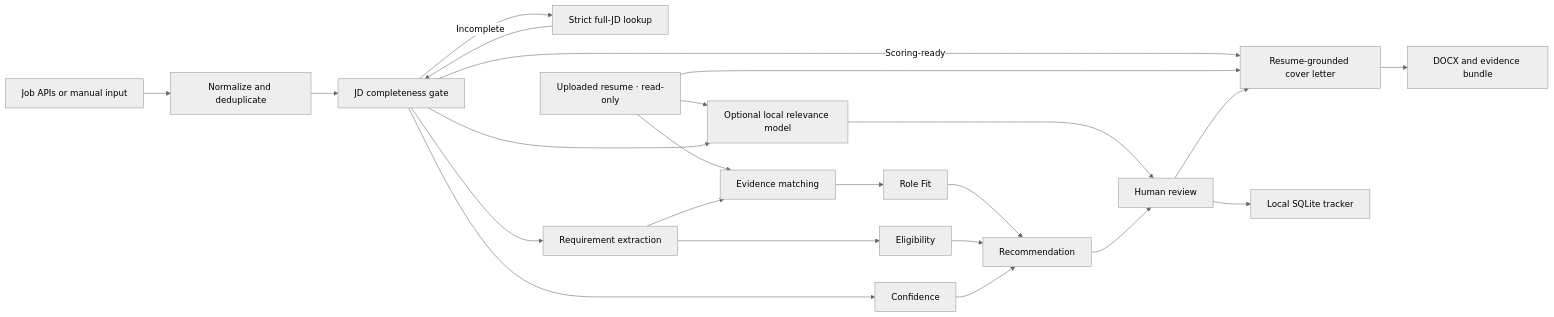
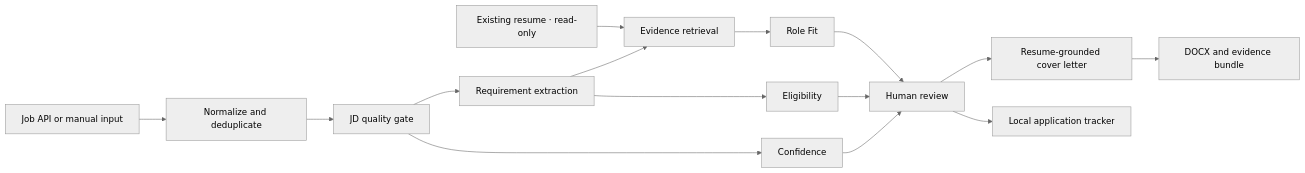
The diagram in README.md (Xieyizhou/job-application-copilot), drawn with Mermaid (neutral theme) before and after one commit. The commit also changed other lines of this file and 181 other files, not shown here.

````diff
--- a/README.md
+++ b/README.md
@@ -83,25 +36,17 @@
 ```mermaid
 flowchart LR
-    A["Job APIs or manual input"] --> B["Normalize and deduplicate"]
-    B --> C["JD completeness gate"]
-    C -->|"Incomplete"| X["Strict full-JD lookup"]
-    X --> C
+    A["Job API or manual input"] --> B["Normalize and deduplicate"]
+    B --> C["JD quality gate"]
     C --> D["Requirement extraction"]
-    R["Uploaded resume · read-only"] --> E["Evidence matching"]
+    R["Existing resume · read-only"] --> E["Evidence retrieval"]
     D --> E
     E --> F["Role Fit"]
-    R --> ML["Optional local relevance model"]
-    C --> ML
-    ML --> J
     D --> G["Eligibility"]
     C --> H["Confidence"]
-    F --> I["Recommendation"]
+    F --> I["Human review"]
     G --> I
     H --> I
-    I --> J["Human review"]
-    C -->|"Scoring-ready"| K["Resume-grounded cover letter"]
-    R --> K
-    J --> K
-    K --> L["DOCX and evidence bundle"]
-    J --> M["Local SQLite tracker"]
+    I --> J["Resume-grounded cover letter"]
+    J --> K["DOCX and evidence bundle"]
+    I --> L["Local application tracker"]
 ```
````
